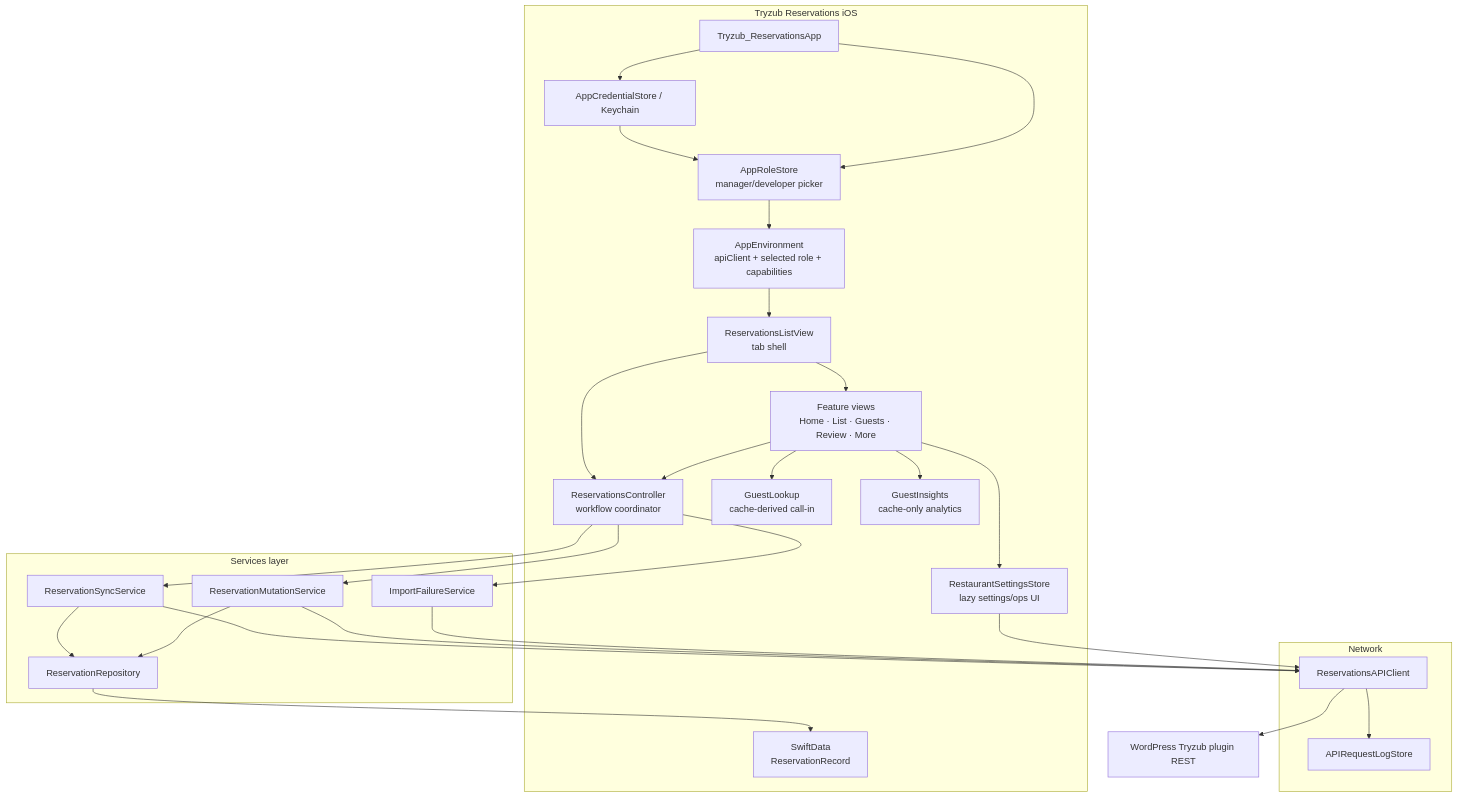
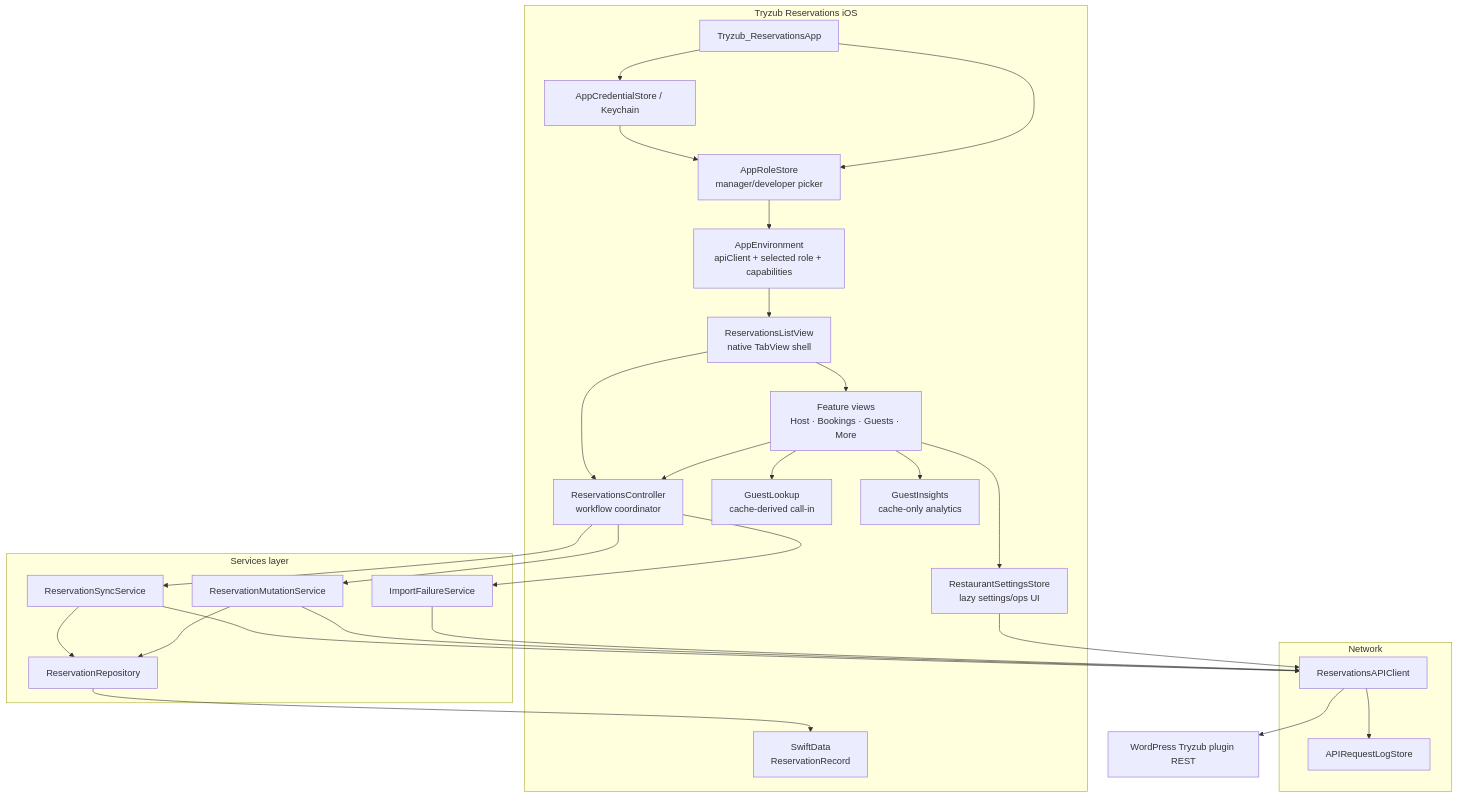
Before and after one commit to bohdan462/Reservation-iOS-App: the first of 12 diagrams in ARCHITECTURE_DIAGRAMS.md, drawn with Mermaid. The commit also changed other lines of this file and 17 other files, not shown here.

````diff
--- a/ARCHITECTURE_DIAGRAMS.md
+++ b/ARCHITECTURE_DIAGRAMS.md
@@ -13,54 +13,54 @@
 ```mermaid
 flowchart TB
     subgraph iOS["Tryzub Reservations iOS"]
         App["Tryzub_ReservationsApp"]
         Creds["AppCredentialStore / Keychain"]
         Role["AppRoleStore<br/>manager/developer picker"]
         Env["AppEnvironment<br/>apiClient + selected role + capabilities"]
-        Shell["ReservationsListView<br/>tab shell"]
+        Shell["ReservationsListView<br/>native TabView shell"]
         Ctrl["ReservationsController<br/>workflow coordinator"]
-        Views["Feature views<br/>Home · List · Guests · Review · More"]
+        Views["Feature views<br/>Host · Bookings · Guests · More"]
         GuestLookup["GuestLookup<br/>cache-derived call-in"]
         Guest["GuestInsights<br/>cache-only analytics"]
         Settings["RestaurantSettingsStore<br/>lazy settings/ops UI"]
         SD["SwiftData<br/>ReservationRecord"]
     end
 
     subgraph Services["Services layer"]
         Sync["ReservationSyncService"]
         Mut["ReservationMutationService"]
         Repo["ReservationRepository"]
         IFail["ImportFailureService"]
     end
 
     subgraph Network["Network"]
         API["ReservationsAPIClient"]
         Log["APIRequestLogStore"]
     end
 
     WP["WordPress Tryzub plugin REST"]
 
     App --> Creds
     Creds --> Role
     Role --> Env
     App --> Role
     Env --> Shell
     Shell --> Ctrl
     Shell --> Views
     Views --> Ctrl
     Views --> GuestLookup
     Views --> Guest
     Views --> Settings
     Settings --> API
     Ctrl --> Sync
     Ctrl --> Mut
     Ctrl --> IFail
     Sync --> API
     Mut --> API
     IFail --> API
     Sync --> Repo
     Mut --> Repo
     Repo --> SD
     API --> Log
     API --> WP
 ```
````
